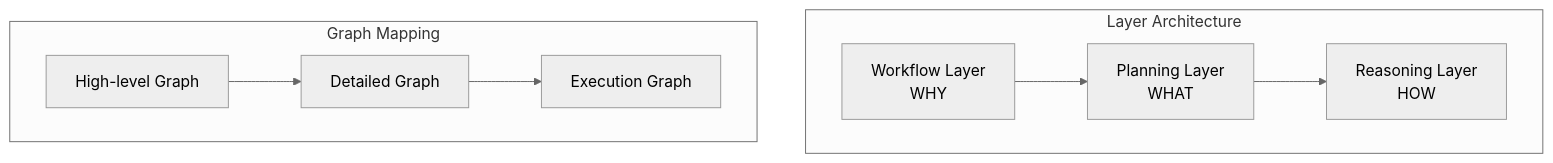
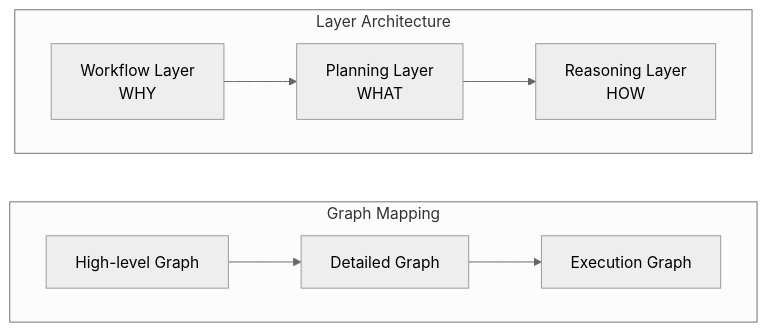
The first of 2 diagrams in dxa/core/README.md (aitomatic/dana), drawn with Mermaid (neutral theme) before and after one commit. The commit also changed other lines of this file and 14 other files, not shown here.

````diff
--- a/dxa/core/README.md
+++ b/dxa/core/README.md
@@ -13,12 +13,14 @@
 ```mermaid
-graph TB
+graph LR
+    subgraph "Graph Mapping"
+        direction LR
+        G1[High-level Graph] --> G2[Detailed Graph]
+        G2 --> G3[Execution Graph]
+    end
+
     subgraph "Layer Architecture"
+        direction LR
         W[Workflow Layer<br>WHY] --> P[Planning Layer<br>WHAT]
         P --> R[Reasoning Layer<br>HOW]
     end
-
-    subgraph "Graph Mapping"
-        G1[High-level Graph] --> G2[Detailed Graph]
-        G2 --> G3[Execution Graph]
-    end
 ```
````
